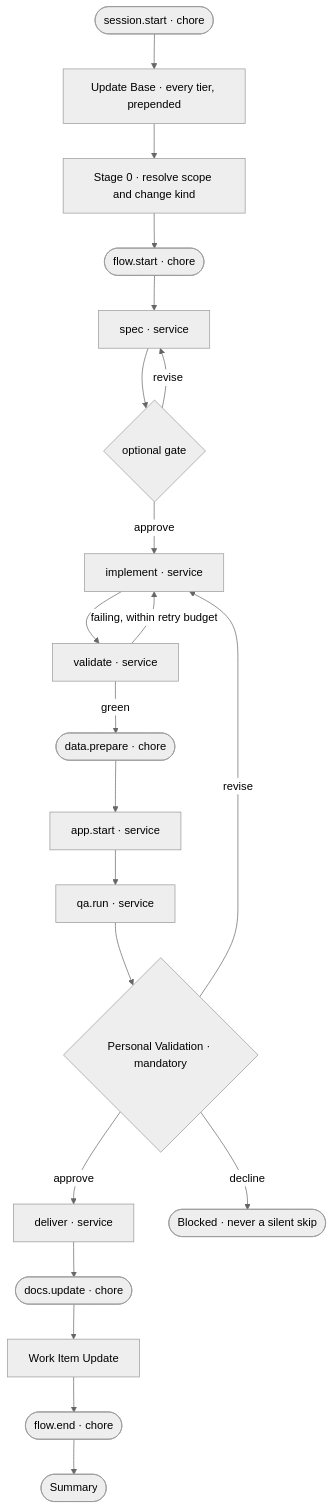
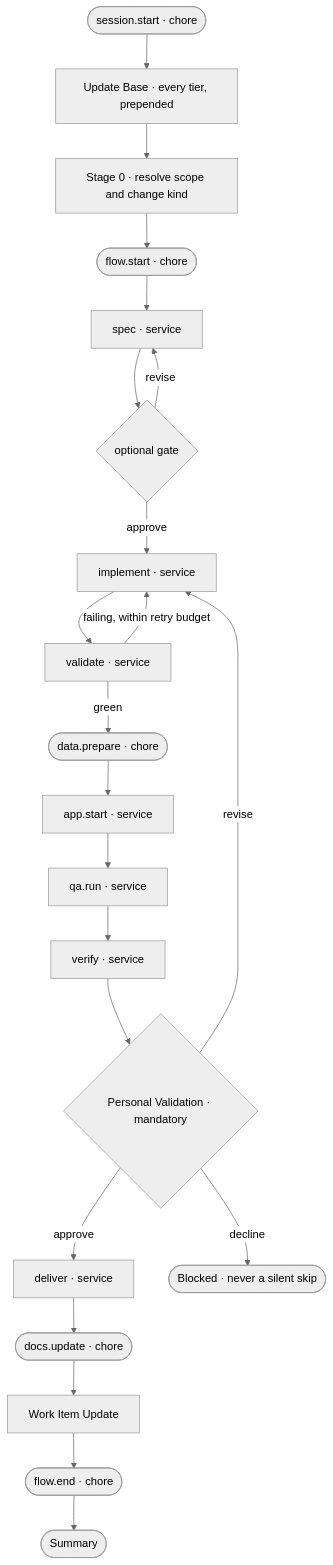
One commit to JSdotNet/devbook changed the first of 3 diagrams in .devbook/domain/delivery/flow.md. Above: the diagram before and after it, drawn with Mermaid (neutral theme). The commit also changed other lines of this file and 43 other files, not shown here.

First line of the commit message:
Add verify, the spec check, as the last service before the gate

````diff
--- a/.devbook/domain/delivery/flow.md
+++ b/.devbook/domain/delivery/flow.md
@@ -16,23 +16,24 @@
 ```mermaid
 flowchart TD
     sessionStart(["session.start · chore"]) --> updateBase["Update Base · every tier, prepended"]
     updateBase --> stage0["Stage 0 · resolve scope and change kind"]
     stage0 --> flowStart(["flow.start · chore"])
     flowStart --> spec["spec · service"]
     spec --> specGate{"optional gate"}
     specGate -->|revise| spec
     specGate -->|approve| implement["implement · service"]
     implement --> validate["validate · service"]
     validate -->|"failing, within retry budget"| implement
     validate -->|green| dataPrepare(["data.prepare · chore"])
     dataPrepare --> appStart["app.start · service"]
     appStart --> qaRun["qa.run · service"]
-    qaRun --> gate{"Personal Validation · mandatory"}
+    qaRun --> verify["verify · service"]
+    verify --> gate{"Personal Validation · mandatory"}
     gate -->|approve| deliver["deliver · service"]
     gate -->|revise| implement
     gate -->|decline| blocked(["Blocked · never a silent skip"])
     deliver --> docsUpdate(["docs.update · chore"])
     docsUpdate --> workItem["Work Item Update"]
     workItem --> flowEnd(["flow.end · chore"])
     flowEnd --> summary(["Summary"])
 ```
````
